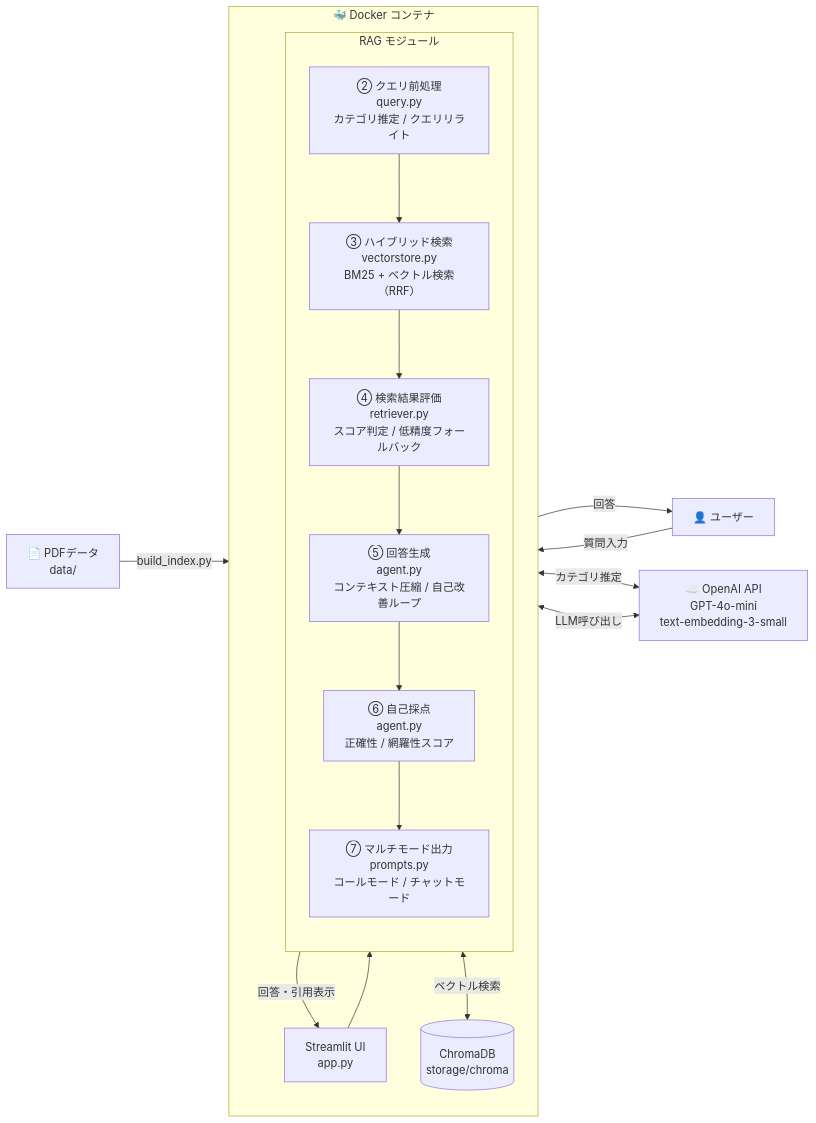
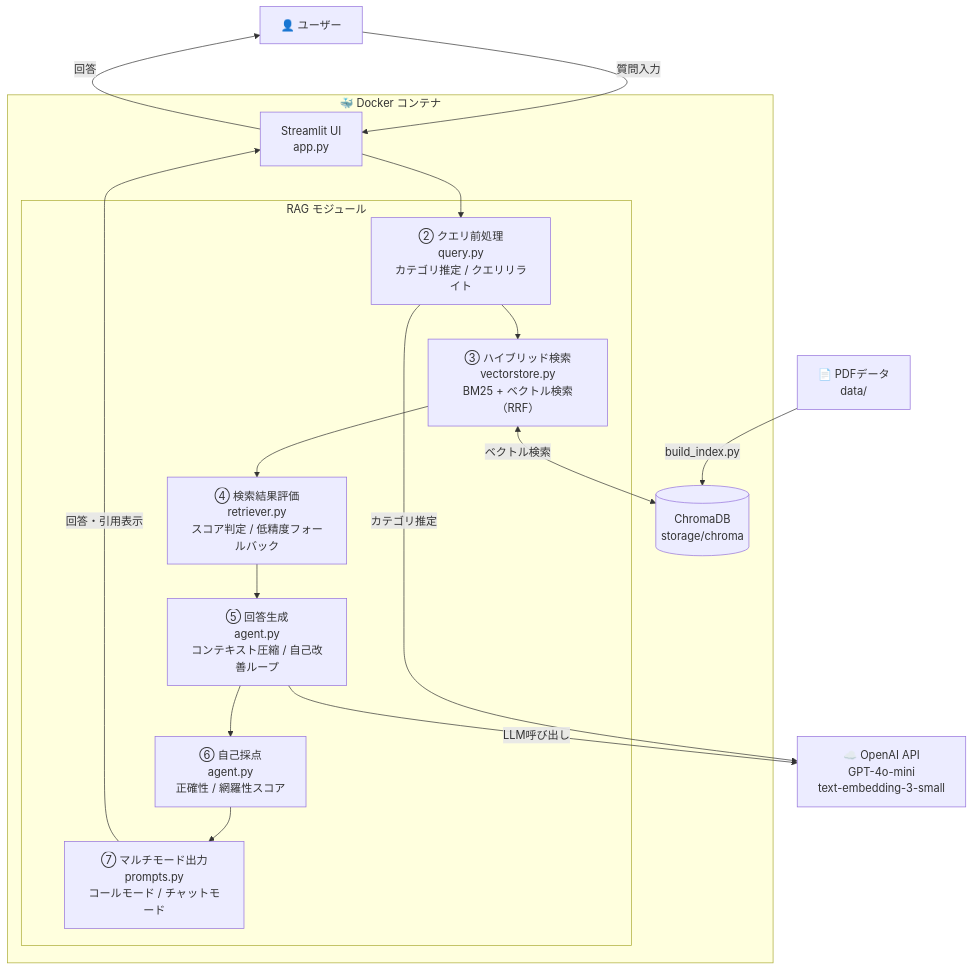
The diagram in README.md (biguver-cloud/rag-customer-support-agent), drawn with Mermaid before and after one commit.

Commit message:
アーキテクチャ図をgraph TDに戻しOAI矢印を一方向に修正
- graph LR → graph TD（縦方向）に戻す
- Q/AからOAIへの矢印を双方向（<-->）から一方向（-->）に変更し
  OpenAI APIからクエリ前処理へ戻るように見えた矢印を解消

````diff
--- a/README.md
+++ b/README.md
@@ -131,38 +131,37 @@
 ```mermaid
-graph LR
+graph TD
     User["👤 ユーザー"]
 
     subgraph Docker["🐳 Docker コンテナ"]
-        direction TB
         UI["Streamlit UI\napp.py"]
-        DB[("ChromaDB\nstorage/chroma")]
 
         subgraph RAG["RAG モジュール"]
-            direction TB
             Q["② クエリ前処理\nquery.py\nカテゴリ推定 / クエリリライト"]
             S["③ ハイブリッド検索\nvectorstore.py\nBM25 + ベクトル検索（RRF）"]
             E["④ 検索結果評価\nretriever.py\nスコア判定 / 低精度フォールバック"]
             A["⑤ 回答生成\nagent.py\nコンテキスト圧縮 / 自己改善ループ"]
             SC["⑥ 自己採点\nagent.py\n正確性 / 網羅性スコア"]
             P["⑦ マルチモード出力\nprompts.py\nコールモード / チャットモード"]
         end
+
+        DB[("ChromaDB\nstorage/chroma")]
     end
 
     OAI["☁️ OpenAI API\nGPT-4o-mini\ntext-embedding-3-small"]
     PDF["📄 PDFデータ\ndata/"]
 
     User -->|質問入力| UI
     UI --> Q
     Q --> S
     S <-->|ベクトル検索| DB
     S --> E
     E --> A
     A --> SC
     SC --> P
     P -->|回答・引用表示| UI
     UI -->|回答| User
 
-    Q <-->|カテゴリ推定| OAI
-    A <-->|LLM呼び出し| OAI
+    Q -->|カテゴリ推定| OAI
+    A -->|LLM呼び出し| OAI
     PDF -->|build_index.py| DB
 ```
````
